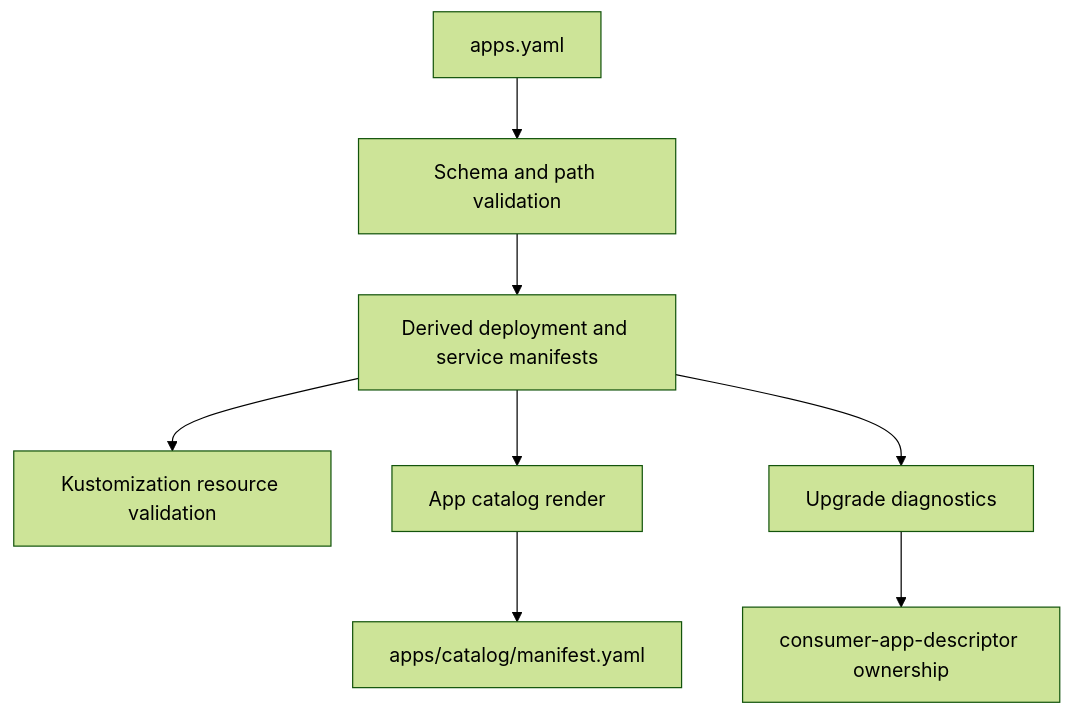
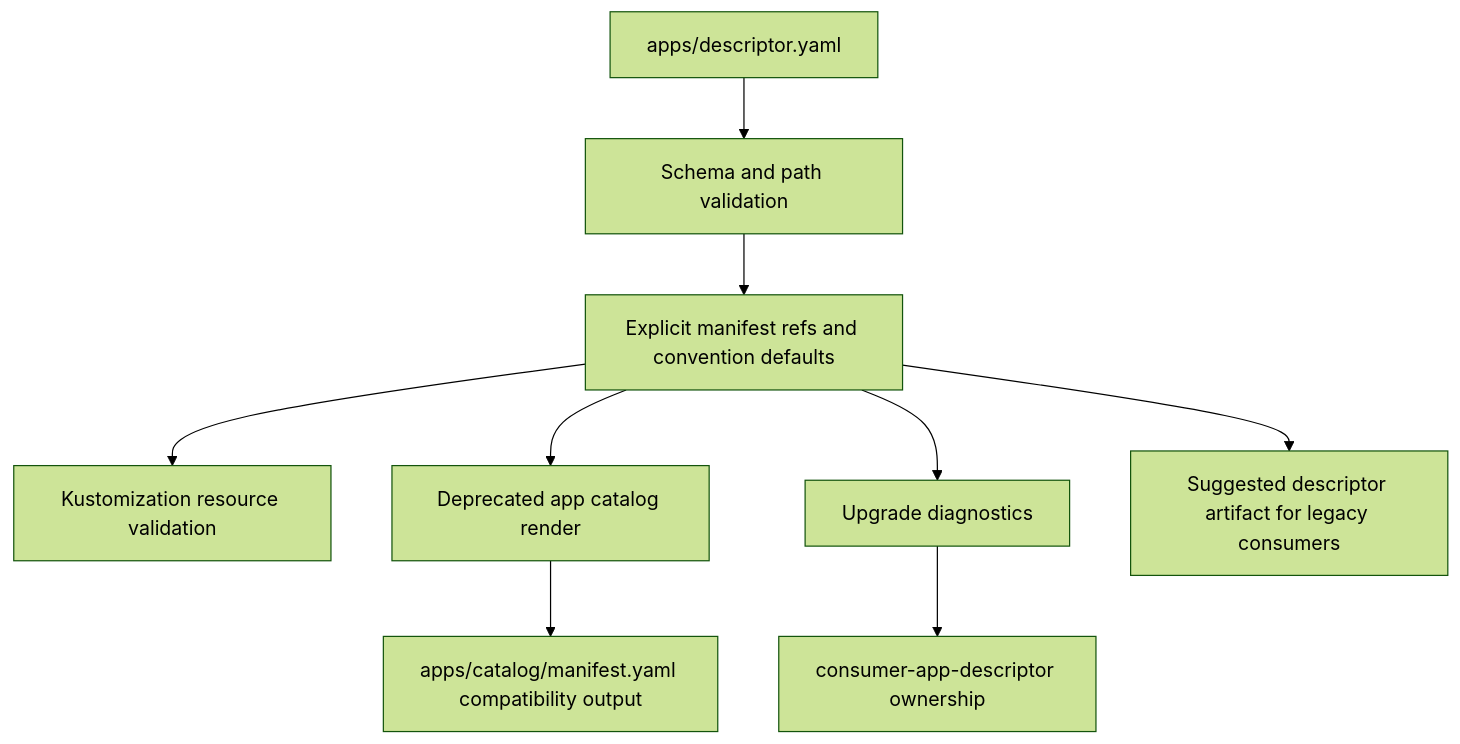
The diagram in docs/blueprint/architecture/decisions/ADR-2026-04-27-consumer-app-descriptor.md (sbonoc/stackit-platform-blueprint), drawn with Mermaid (forest theme) before and after one commit. The commit also changed other lines of this file and 10 other files, not shown here.

Commit message:
feat(consumer-app-descriptor): refine intake requirements

````diff
--- a/docs/blueprint/architecture/decisions/ADR-2026-04-27-consumer-app-descriptor.md
+++ b/docs/blueprint/architecture/decisions/ADR-2026-04-27-consumer-app-descriptor.md
@@ -30,10 +32,11 @@
 ```mermaid
 flowchart TD
-    A[apps.yaml] --> B[Schema and path validation]
-    B --> C[Derived deployment and service manifests]
+    A[apps/descriptor.yaml] --> B[Schema and path validation]
+    B --> C[Explicit manifest refs and convention defaults]
     C --> D[Kustomization resource validation]
-    C --> E[App catalog render]
+    C --> E[Deprecated app catalog render]
     C --> F[Upgrade diagnostics]
-    E --> G[apps/catalog/manifest.yaml]
+    C --> I[Suggested descriptor artifact for legacy consumers]
+    E --> G[apps/catalog/manifest.yaml compatibility output]
     F --> H[consumer-app-descriptor ownership]
 ```
````
